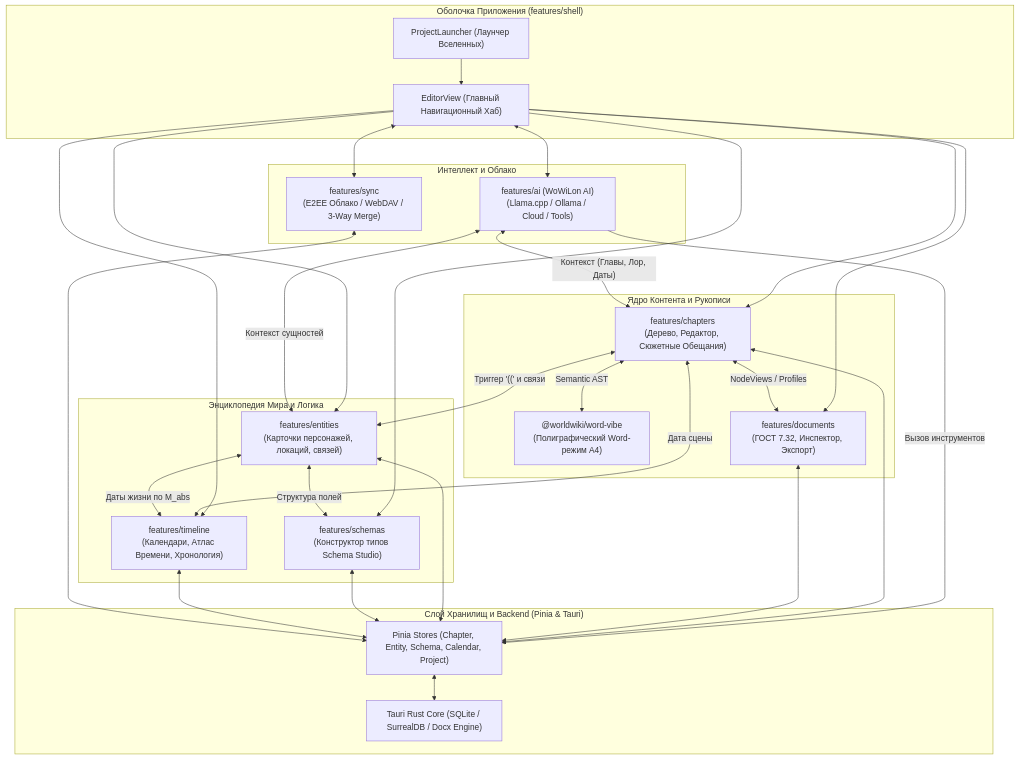
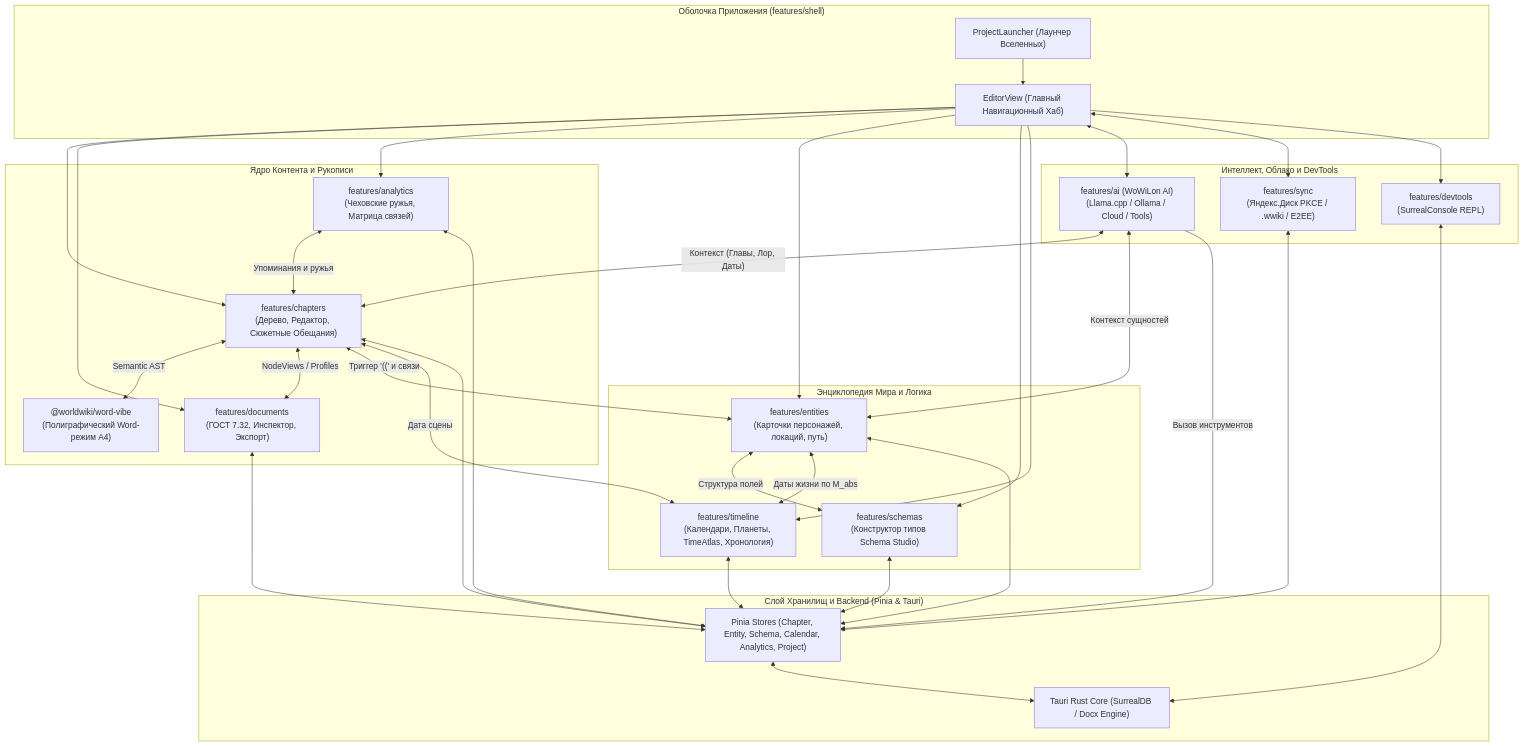
One commit to nagisokyn-prog/WorldWiki changed the diagram in apps/spa/src/ts/features/README_Features.md. Above: the diagram before and after it, drawn with Mermaid. The commit also changed other lines of this file and 46 other files, not shown here.

````diff
--- a/apps/spa/src/ts/features/README_Features.md
+++ b/apps/spa/src/ts/features/README_Features.md
@@ -67,58 +75,65 @@
 ```mermaid
 flowchart TD
     subgraph Shell_Layer ["Оболочка Приложения (features/shell)"]
         Launcher["ProjectLauncher (Лаунчер Вселенных)"]
         EditorShell["EditorView (Главный Навигационный Хаб)"]
     end
 
     subgraph Content_Core ["Ядро Контента и Рукописи"]
         Chapters["features/chapters<br/>(Дерево, Редактор, Сюжетные Обещания)"]
         WordEngine["@worldwiki/word-vibe<br/>(Полиграфический Word-режим A4)"]
         Documents["features/documents<br/>(ГОСТ 7.32, Инспектор, Экспорт)"]
+        Analytics["features/analytics<br/>(Чеховские ружья, Матрица связей)"]
     end
 
     subgraph Lore_Core ["Энциклопедия Мира и Логика"]
-        Entities["features/entities<br/>(Карточки персонажей, локаций, связей)"]
+        Entities["features/entities<br/>(Карточки персонажей, локаций, путь)"]
         Schemas["features/schemas<br/>(Конструктор типов Schema Studio)"]
-        Timeline["features/timeline<br/>(Календари, Атлас Времени, Хронология)"]
+        Timeline["features/timeline<br/>(Календари, Планеты, TimeAtlas, Хронология)"]
     end
 
-    subgraph Intelligence_Layer ["Интеллект и Облако"]
+    subgraph Intelligence_And_Ops ["Интеллект, Облако и DevTools"]
         AI["features/ai (WoWiLon AI)<br/>(Llama.cpp / Ollama / Cloud / Tools)"]
-        Sync["features/sync<br/>(E2EE Облако / WebDAV / 3-Way Merge)"]
+        Sync["features/sync<br/>(Яндекс.Диск PKCE / .wwiki / E2EE)"]
+        Devtools["features/devtools<br/>(SurrealConsole REPL)"]
     end
 
     subgraph Storage_Layer ["Слой Хранилищ и Backend (Pinia & Tauri)"]
-        Stores["Pinia Stores (Chapter, Entity, Schema, Calendar, Project)"]
-        TauriIPC["Tauri Rust Core (SQLite / SurrealDB / Docx Engine)"]
+        Stores["Pinia Stores (Chapter, Entity, Schema, Calendar, Analytics, Project)"]
+        TauriIPC["Tauri Rust Core (SurrealDB / Docx Engine)"]
     end
 
     Launcher --> EditorShell
     EditorShell --> Chapters
     EditorShell --> Documents
+    EditorShell --> Analytics
     EditorShell --> Entities
     EditorShell --> Schemas
     EditorShell --> Timeline
     EditorShell <--> AI
     EditorShell <--> Sync
+    EditorShell --> Devtools
 
     Chapters <-->|"Semantic AST"| WordEngine
     Chapters <-->|"NodeViews / Profiles"| Documents
     Chapters <-->|"Триггер '((' и связи"| Entities
     Chapters <-->|"Дата сцены"| Timeline
+    Analytics <-->|"Упоминания и ружья"| Chapters
 
     Entities <-->|"Структура полей"| Schemas
     Entities <-->|"Даты жизни по M_abs"| Timeline
 
     AI <-->|"Контекст (Главы, Лор, Даты)"| Chapters
     AI <-->|"Контекст сущностей"| Entities
     AI -->|"Вызов инструментов"| Stores
 
     Chapters <--> Stores
     Documents <--> Stores
+    Analytics <--> Stores
     Entities <--> Stores
     Schemas <--> Stores
     Timeline <--> Stores
     Sync <--> Stores
+    Devtools <--> TauriIPC
     Stores <--> TauriIPC
 ```
````
